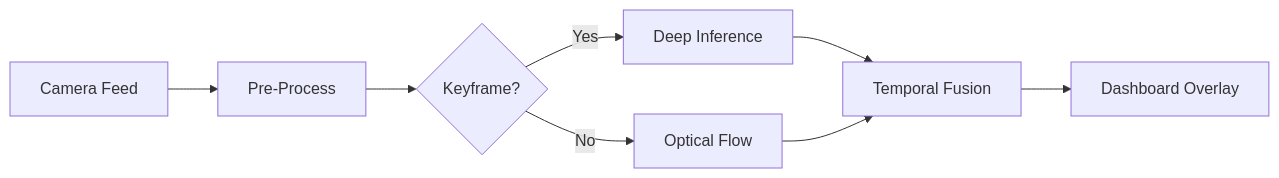
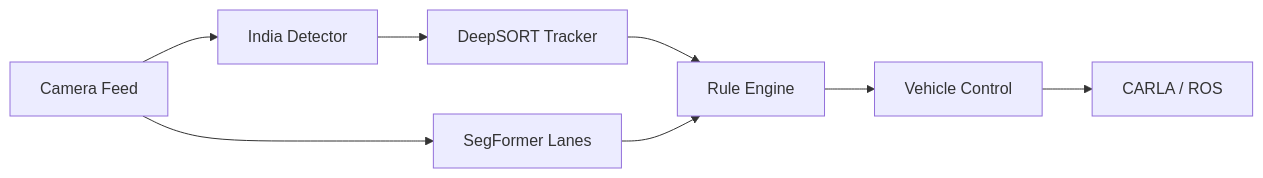
One commit to Harsh-ryUk/Hybrid-Transformer-ADAS-India-Perspective changed the diagram in README.md. Above: the diagram before and after it, drawn with Mermaid. The commit also changed other lines of this file and 31 other files, not shown here.

````diff
--- a/README.md
+++ b/README.md
@@ -18,10 +17,10 @@
 ```mermaid
 graph LR
-    Camera[Camera Feed] --> Pre[Pre-Process]
-    Pre --> Switch{Keyframe?}
-    Switch -- Yes --> AI[Deep Inference]
-    Switch -- No --> Track[Optical Flow]
-    AI --> Fuse[Temporal Fusion]
-    Track --> Fuse
-    Fuse --> UI[Dashboard Overlay]
+    Camera[Camera Feed] --> DET[India Detector]
+    DET --> TRACK[DeepSORT Tracker]
+    Camera --> SEG[SegFormer Lanes]
+    TRACK --> DECIDE[Rule Engine]
+    SEG --> DECIDE
+    DECIDE --> CTRL[Vehicle Control]
+    CTRL --> CARLA[CARLA / ROS]
 ```
````
